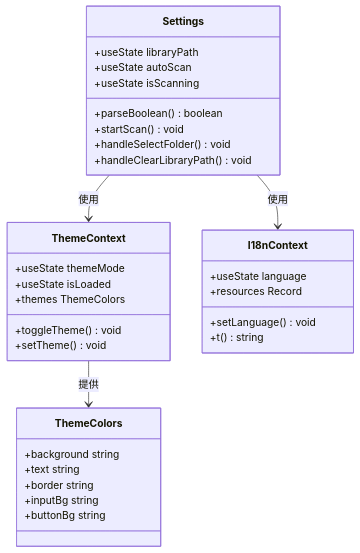
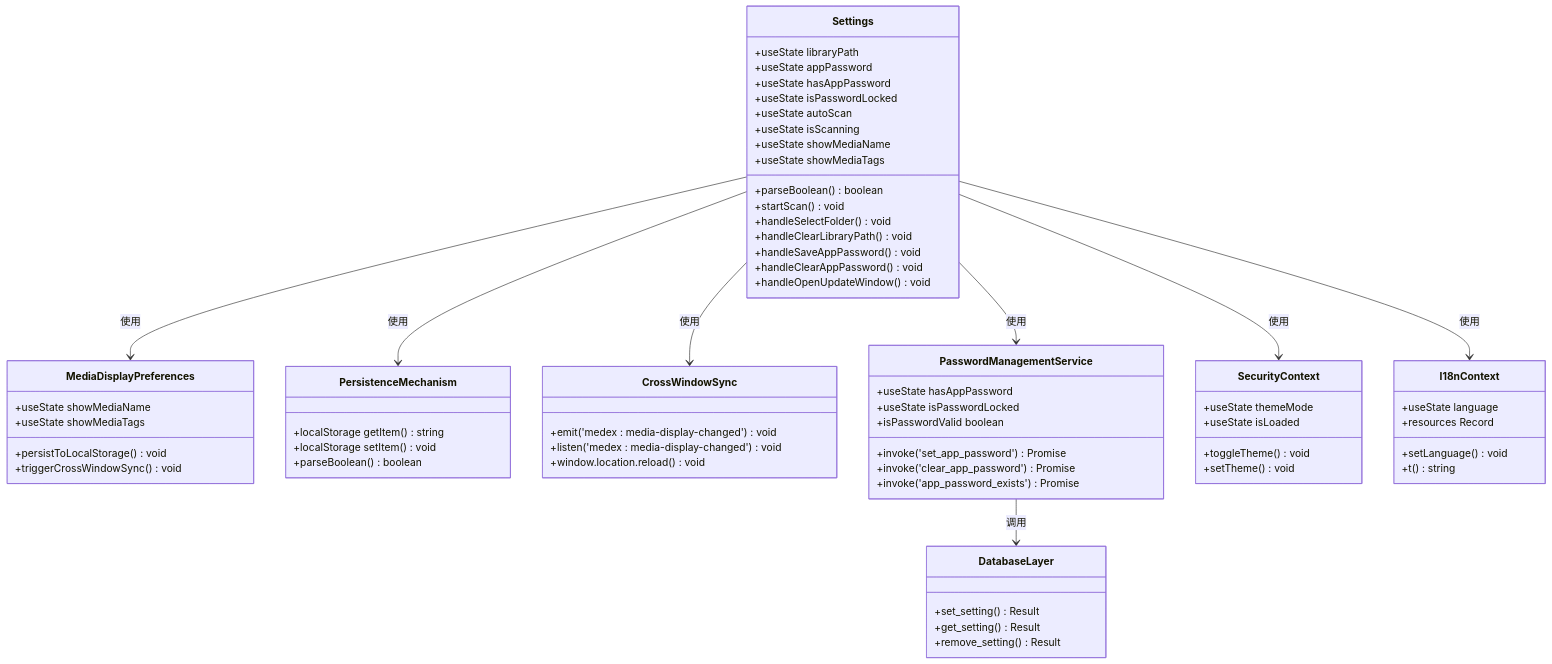
One commit to YLee9527/Medex changed the third of 3 diagrams in doc/repowiki/zh/content/Settings Page.md. Above: the diagram before and after it, drawn with Mermaid. The commit also changed other lines of this file and 31 other files, not shown here.

First line of the commit message:
docs(doc): 添加部署脚本、锁屏功能、发布指南及设置按钮图标文档

````diff
--- a/doc/repowiki/zh/content/Settings Page.md
+++ b/doc/repowiki/zh/content/Settings Page.md
@@ -137,35 +187,68 @@
 ```mermaid
 classDiagram
 class Settings {
 +useState libraryPath
++useState appPassword
++useState hasAppPassword
++useState isPasswordLocked
 +useState autoScan
 +useState isScanning
++useState showMediaName
++useState showMediaTags
 +parseBoolean() boolean
 +startScan() void
 +handleSelectFolder() void
 +handleClearLibraryPath() void
++handleSaveAppPassword() void
++handleClearAppPassword() void
++handleOpenUpdateWindow() void
 }
-class ThemeContext {
+class MediaDisplayPreferences {
++useState showMediaName
++useState showMediaTags
++persistToLocalStorage() void
++triggerCrossWindowSync() void
+}
+class PersistenceMechanism {
++localStorage getItem() string
++localStorage setItem() void
++parseBoolean() boolean
+}
+class CrossWindowSync {
++emit('medex : media-display-changed') void
++listen('medex : media-display-changed') void
++window.location.reload() void
+}
+class PasswordManagementService {
++useState hasAppPassword
++useState isPasswordLocked
++isPasswordValid boolean
++invoke('set_app_password') Promise
++invoke('clear_app_password') Promise
++invoke('app_password_exists') Promise
+}
+class SecurityContext {
 +useState themeMode
 +useState isLoaded
 +toggleTheme() void
 +setTheme() void
-+themes ThemeColors
 }
 class I18nContext {
 +useState language
 +setLanguage() void
 +t() string
 +resources Record
 }
-class ThemeColors {
-+background string
-+text string
-+border string
-+inputBg string
-+buttonBg string
+class DatabaseLayer {
++set_setting() Result
++get_setting() Result
++remove_setting() Result
 }
-Settings --> ThemeContext : 使用
+Settings --> MediaDisplayPreferences : 使用
+Settings --> PersistenceMechanism : 使用
+Settings --> CrossWindowSync : 使用
+Settings --> PasswordManagementService : 使用
+PasswordManagementService --> DatabaseLayer : 调用
+Settings --> SecurityContext : 使用
 Settings --> I18nContext : 使用
-ThemeContext --> ThemeColors : 提供
 ```
````
